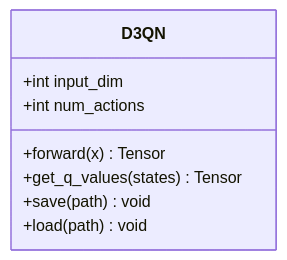
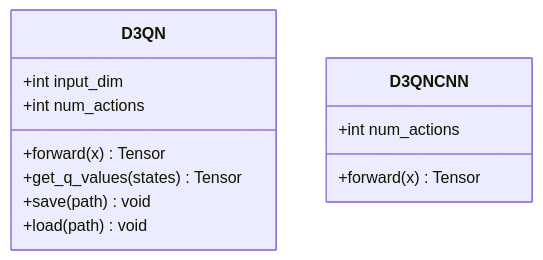
Before and after one commit to fuweiq94-cloud/3399180760000: the third of 5 diagrams in .qoder/repowiki/zh/content/D3QN算法实现/D3QN算法实现.md, drawn with Mermaid. The commit also changed other lines of this file and 75 other files, not shown here.

````diff
--- a/.qoder/repowiki/zh/content/D3QN算法实现/D3QN算法实现.md
+++ b/.qoder/repowiki/zh/content/D3QN算法实现/D3QN算法实现.md
@@ -112,11 +122,15 @@
 ```mermaid
 classDiagram
 class D3QN {
 +int input_dim
 +int num_actions
 +forward(x) Tensor
 +get_q_values(states) Tensor
 +save(path) void
 +load(path) void
 }
+class D3QNCNN {
++int num_actions
++forward(x) Tensor
+}
 ```
````
